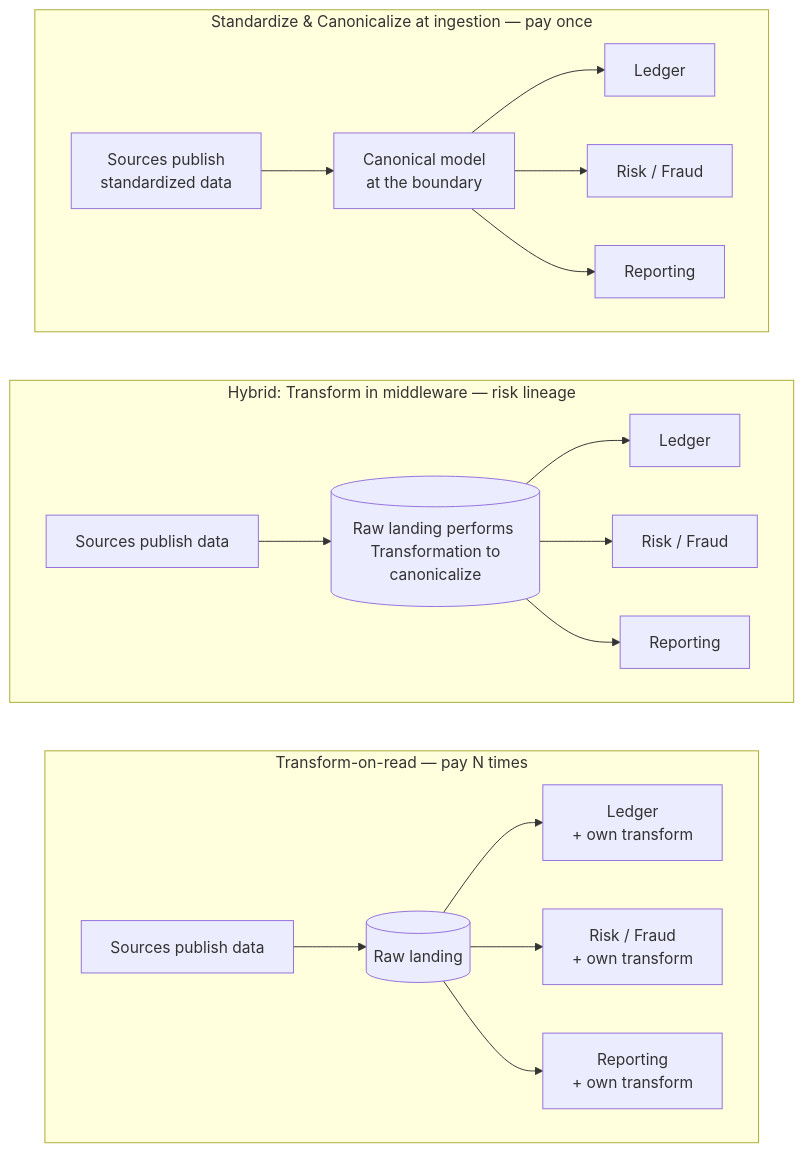
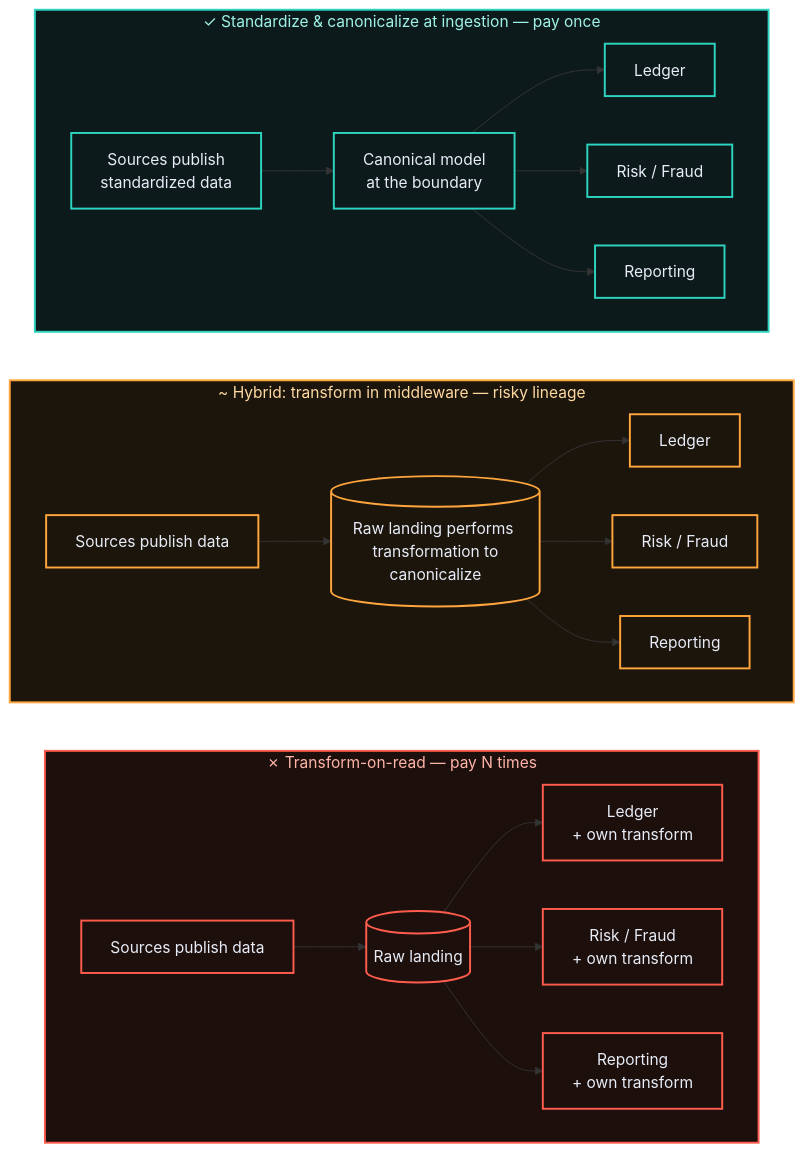
The diagram in adrs/001-canonical-data-model-at-ingestion.md (raghavarora12/engineering-playbook), drawn with Mermaid before and after one commit. The commit also changed 10 other files, not shown here.

````diff
--- a/adrs/001-canonical-data-model-at-ingestion.md
+++ b/adrs/001-canonical-data-model-at-ingestion.md
@@ -71,24 +71,34 @@
 ```mermaid
 flowchart LR
-    subgraph C["Transform-on-read — pay N times"]
+    subgraph C["✗ Transform-on-read — pay N times"]
         direction LR
         S2[Sources publish data] --> R[("Raw landing")]
         R --> c1["Ledger<br/>+ own transform"]
         R --> c2["Risk / Fraud<br/>+ own transform"]
         R --> c3["Reporting<br/>+ own transform"]
     end
-    subgraph B["Hybrid: Transform in middleware — risk lineage"]
+    subgraph B["~ Hybrid: transform in middleware — risky lineage"]
         direction LR
-        S3[Sources publish data] --> H[("Raw landing performs <br/> Transformation to canonicalize")]
+        S3[Sources publish data] --> H[("Raw landing performs <br/> transformation to canonicalize")]
         H --> b1["Ledger"]
         H --> b2["Risk / Fraud"]
         H --> b3["Reporting"]
     end
-    subgraph A["Standardize & Canonicalize at ingestion — pay once"]
+    subgraph A["✓ Standardize & canonicalize at ingestion — pay once"]
         direction LR
         S1[Sources publish<br/> standardized data] --> M["Canonical model<br/>at the boundary"]
         M --> a1[Ledger]
         M --> a2["Risk / Fraud"]
         M --> a3[Reporting]
     end
+
+    classDef good fill:#0d1a1c,stroke:#2dd4bf,stroke-width:2px,color:#e7ecf7
+    classDef warn fill:#1c150c,stroke:#ffa53d,stroke-width:2px,color:#e7ecf7
+    classDef bad fill:#1c0f0c,stroke:#ff5c4d,stroke-width:2px,color:#e7ecf7
+    class S1,M,a1,a2,a3 good
+    class S3,H,b1,b2,b3 warn
+    class S2,R,c1,c2,c3 bad
+    style A fill:#0d1a1c,stroke:#2dd4bf,stroke-width:2px,color:#9ff3e6
+    style B fill:#1c150c,stroke:#ffa53d,stroke-width:2px,color:#ffd9a0
+    style C fill:#1c0f0c,stroke:#ff5c4d,stroke-width:2px,color:#ffb4a8
 ```
````
